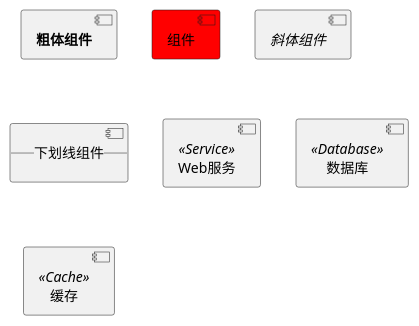
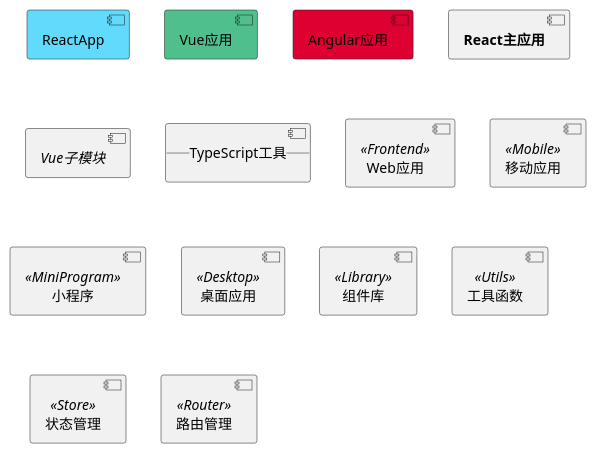
Before and after one commit to felixzhu97/system-design: the tenth of 27 diagrams in .cursor/rules/plantuml-syntax-guide.mdc, drawn with PlantUML. The commit also changed other lines of this file and 3 other files, not shown here.

First line of the commit message:
refactor: Update C4 and PlantUML guidelines with modern frontend architecture patterns

````diff
--- a/.cursor/rules/plantuml-syntax-guide.mdc
+++ b/.cursor/rules/plantuml-syntax-guide.mdc
@@ -161,15 +192,21 @@
 ```puml
-' 背景色
-component C1 #lightblue
-[组件] #red
+' 前端技术栈背景色
+component ReactApp #61DAFB
+[Vue应用] #4FC08D
+[Angular应用] #DD0031
 
 ' 文字样式  
-component "**粗体组件**" as C1
-component "//斜体组件//" as C2
-component "__下划线组件__" as C3
+component "**React主应用**" as MainApp
+component "//Vue子模块//" as SubModule
+component "__TypeScript工具__" as Utils
 
-' 组件类型标注
-[Web服务] <<Service>>
-[数据库] <<Database>>
-[缓存] <<Cache>>
+' 前端组件类型标注
+[Web应用] <<Frontend>>
+[移动应用] <<Mobile>>
+[小程序] <<MiniProgram>>
+[桌面应用] <<Desktop>>
+[组件库] <<Library>>
+[工具函数] <<Utils>>
+[状态管理] <<Store>>
+[路由管理] <<Router>>
 ```
````
